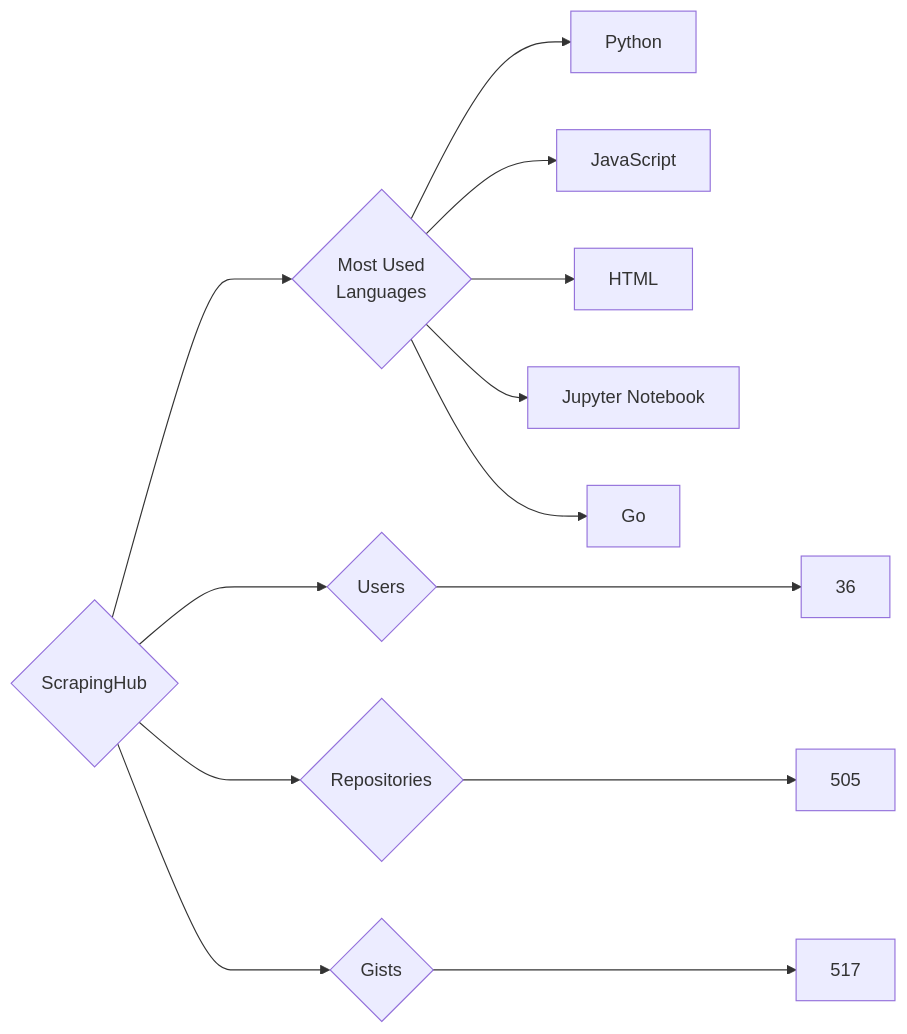
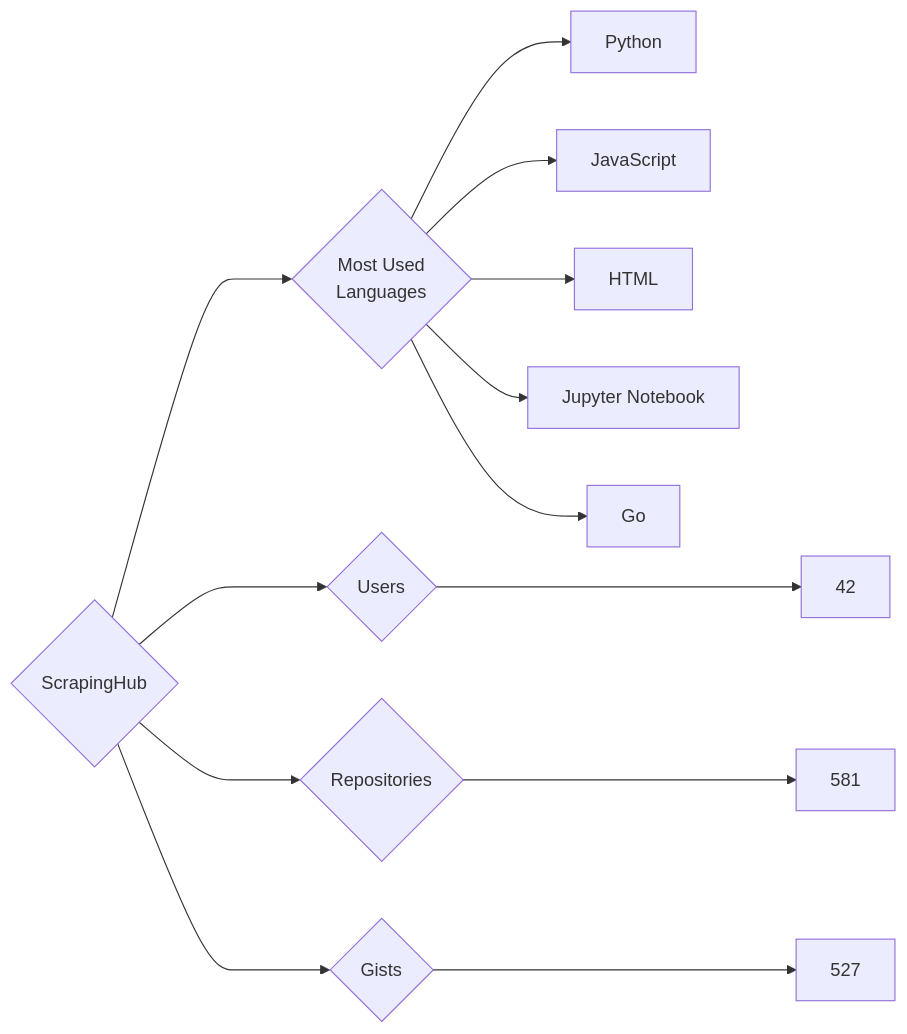
The diagram in targets/ScrapingHub/README.md (trickest/insiders), drawn with Mermaid before and after one commit. The commit also changed 953 other files, not shown here.

````diff
--- a/targets/ScrapingHub/README.md
+++ b/targets/ScrapingHub/README.md
@@ -3,13 +3,13 @@
 ```mermaid
 graph LR
 COMPANY_NAME{ScrapingHub}
-COMPANY_NAME ---> U{Users} ---> UN[36]
-COMPANY_NAME ---> R{Repositories} ---> RN[505]
-COMPANY_NAME ---> G{Gists} ---> GN[517]
+COMPANY_NAME ---> U{Users} ---> UN[42]
+COMPANY_NAME ---> R{Repositories} ---> RN[581]
+COMPANY_NAME ---> G{Gists} ---> GN[527]
 COMPANY_NAME ---> ML{Most Used<br>Languages}
 ML --> Python[Python]
 ML --> JavaScript[JavaScript]
 ML --> HTML[HTML]
 ML --> Jupyter_Notebook[Jupyter Notebook]
 ML --> Go[Go]
 ```
````
